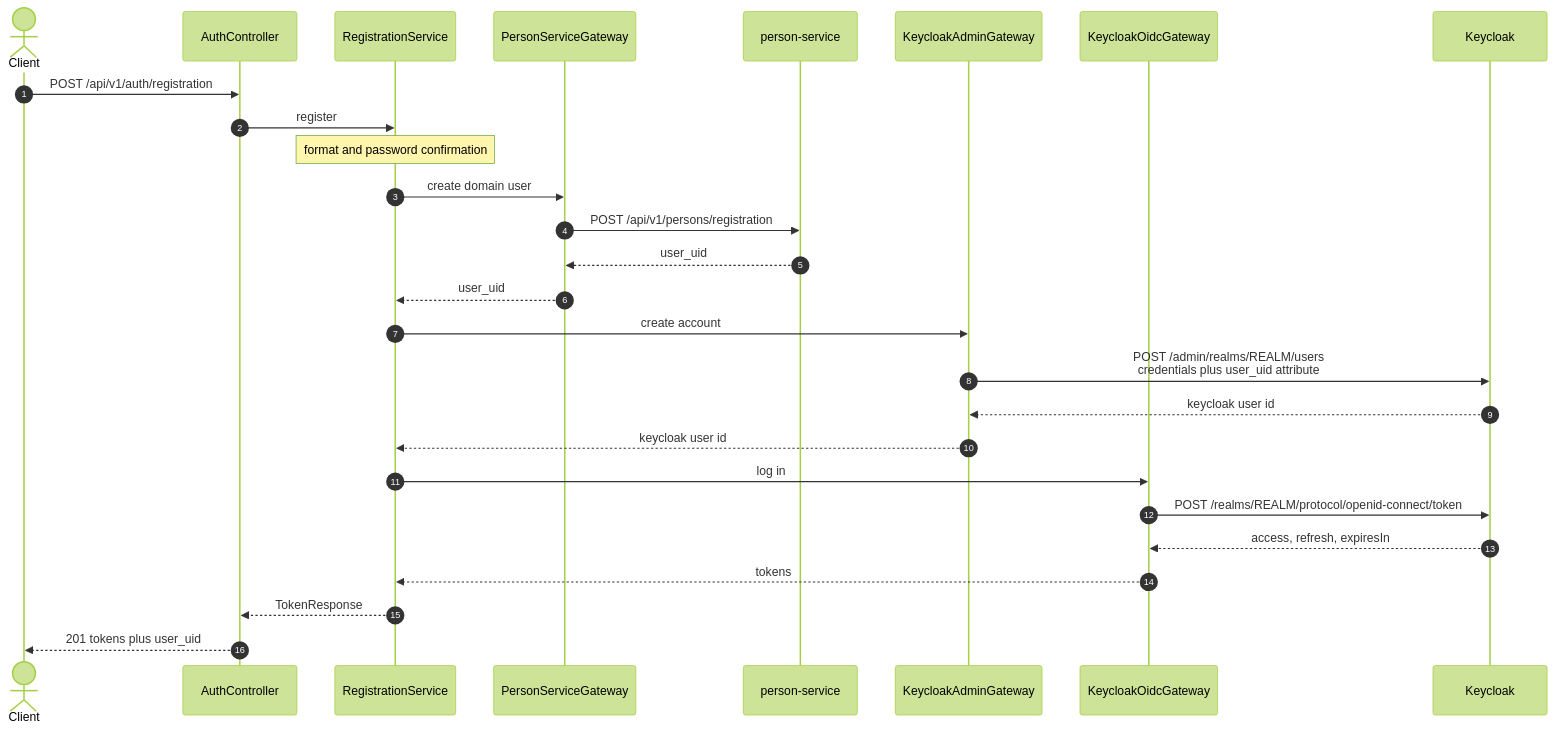
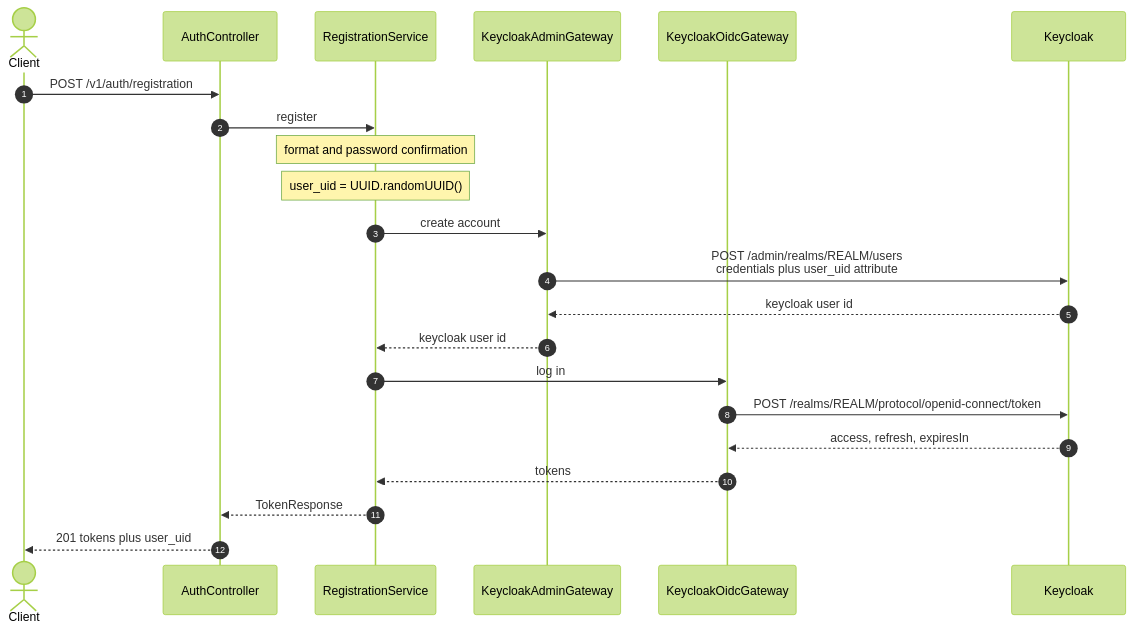
One commit to dezxxx/payment-platform changed the first of 4 diagrams in CONTEXT.md. Above: the diagram before and after it, drawn with Mermaid (forest theme). The commit also changed other lines of this file and 24 other files, not shown here.

````diff
--- a/CONTEXT.md
+++ b/CONTEXT.md
@@ -320,30 +327,25 @@
 ```mermaid
 sequenceDiagram
     autonumber
     actor Client
     participant Ctl as AuthController
     participant Svc as RegistrationService
-    participant PGw as PersonServiceGateway
-    participant Per as person-service
     participant AGw as KeycloakAdminGateway
     participant OGw as KeycloakOidcGateway
     participant Kc as Keycloak
 
-    Client->>Ctl: POST /api/v1/auth/registration
+    Client->>Ctl: POST /v1/auth/registration
     Ctl->>Svc: register
     Note over Svc: format and password confirmation
-    Svc->>PGw: create domain user
-    PGw->>Per: POST /api/v1/persons/registration
-    Per-->>PGw: user_uid
-    PGw-->>Svc: user_uid
+    Note over Svc: user_uid = UUID.randomUUID()
     Svc->>AGw: create account
     AGw->>Kc: POST /admin/realms/REALM/users<br/>credentials plus user_uid attribute
     Kc-->>AGw: keycloak user id
     AGw-->>Svc: keycloak user id
     Svc->>OGw: log in
     OGw->>Kc: POST /realms/REALM/protocol/openid-connect/token
     Kc-->>OGw: access, refresh, expiresIn
     OGw-->>Svc: tokens
     Svc-->>Ctl: TokenResponse
     Ctl-->>Client: 201 tokens plus user_uid
 ```
````
